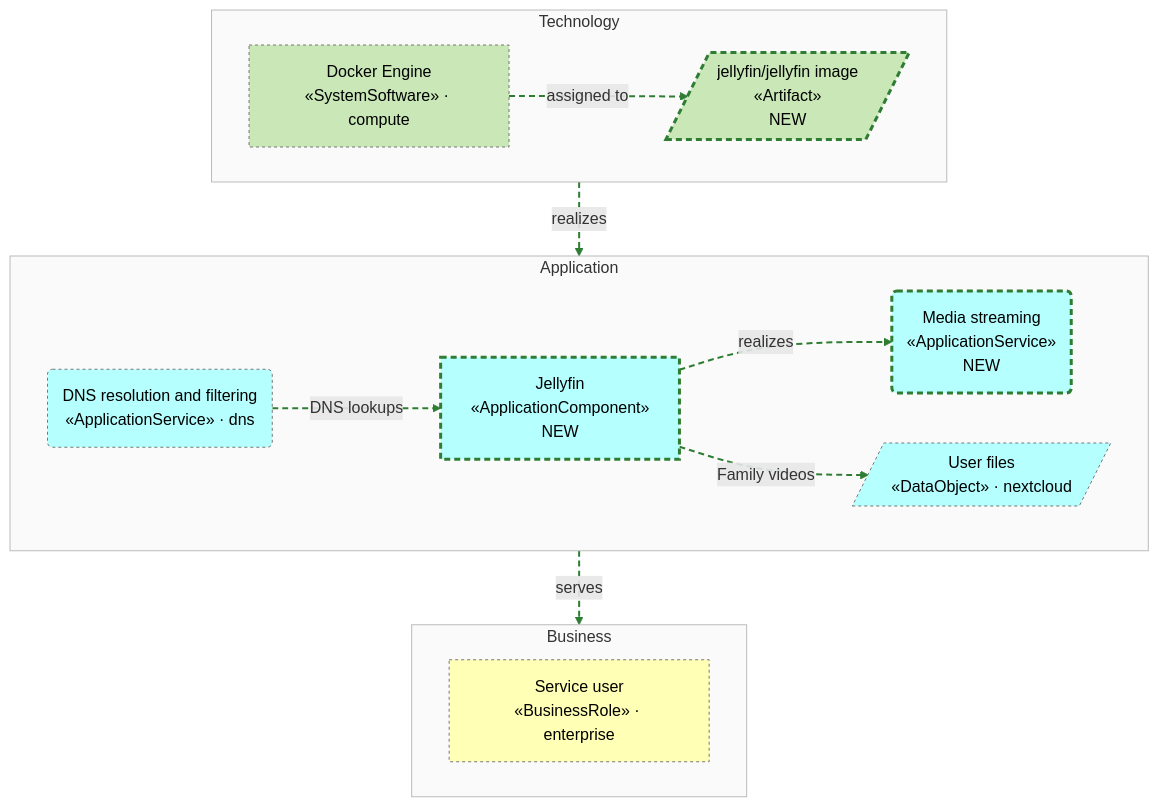
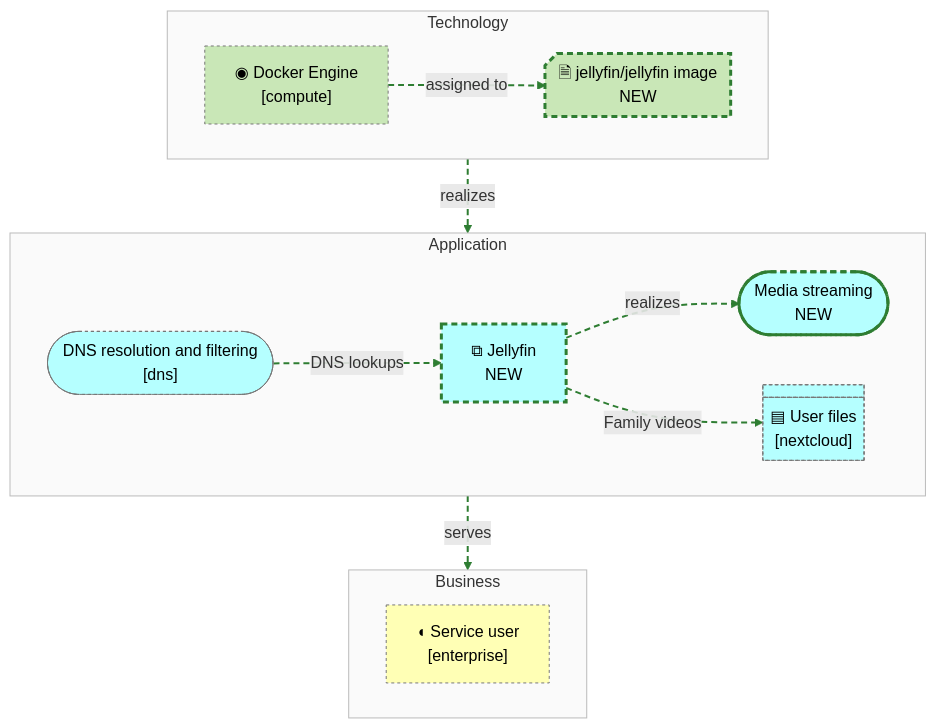
Before and after one commit to b-zig/a4m: the first of 3 diagrams in docs/media/view-overview.md, drawn with Mermaid. The commit also changed other lines of this file and 15 other files, not shown here.

First line of the commit message:
Approximate ArchiMate notation in Mermaid flowcharts

````diff
--- a/docs/media/view-overview.md
+++ b/docs/media/view-overview.md
@@ -6,44 +6,44 @@
 ```mermaid
 flowchart TB
   subgraph layer_business["Business"]
     direction LR
-    enterprise__bus_role_user["Service user<br/>«BusinessRole» · enterprise"]
+    enterprise__bus_role_user@{ shape: rect, label: "◖ Service user<br/>[enterprise]" }
   end
   subgraph layer_application["Application"]
     direction LR
-    app_jellyfin["Jellyfin<br/>«ApplicationComponent»<br/>NEW"]
-    app_svc_streaming("Media streaming<br/>«ApplicationService»<br/>NEW")
-    dns__app_svc_dns("DNS resolution and filtering<br/>«ApplicationService» · dns")
-    nextcloud__app_data_files[/"User files<br/>«DataObject» · nextcloud"/]
+    app_jellyfin@{ shape: rect, label: "⧉ Jellyfin<br/>NEW" }
+    app_svc_streaming@{ shape: stadium, label: "Media streaming<br/>NEW" }
+    dns__app_svc_dns@{ shape: stadium, label: "DNS resolution and filtering<br/>[dns]" }
+    nextcloud__app_data_files@{ shape: div-rect, label: "▤ User files<br/>[nextcloud]" }
   end
   subgraph layer_technology["Technology"]
     direction LR
-    tech_art_jellyfin[/"jellyfin/jellyfin image<br/>«Artifact»<br/>NEW"/]
-    compute__tech_docker["Docker Engine<br/>«SystemSoftware» · compute"]
+    tech_art_jellyfin@{ shape: notch-rect, label: "🗎 jellyfin/jellyfin image<br/>NEW" }
+    compute__tech_docker@{ shape: rect, label: "◉ Docker Engine<br/>[compute]" }
   end
   app_jellyfin -.->|"realizes"| app_svc_streaming
   app_svc_streaming -->|"serves"| enterprise__bus_role_user
   app_jellyfin -.->|"Family videos"| nextcloud__app_data_files
   dns__app_svc_dns -->|"DNS lookups"| app_jellyfin
   compute__tech_docker -->|"assigned to"| tech_art_jellyfin
   tech_art_jellyfin -.->|"realizes"| app_jellyfin
   classDef business fill:#FFFFB5,stroke:#555,color:#000
   class enterprise__bus_role_user business
   style layer_business fill:#fafafa,stroke:#bbb
   classDef application fill:#B5FFFF,stroke:#555,color:#000
   class app_jellyfin,app_svc_streaming,dns__app_svc_dns,nextcloud__app_data_files application
   style layer_application fill:#fafafa,stroke:#bbb
   classDef technology fill:#C9E7B7,stroke:#555,color:#000
   class tech_art_jellyfin,compute__tech_docker technology
   style layer_technology fill:#fafafa,stroke:#bbb
   classDef foreign stroke:#777,stroke-dasharray:3 3
   class compute__tech_docker,dns__app_svc_dns,enterprise__bus_role_user,nextcloud__app_data_files foreign
   classDef st_new stroke:#2e7d32,stroke-width:3px,stroke-dasharray:6 4
   class app_jellyfin,app_svc_streaming,tech_art_jellyfin st_new
   linkStyle 0 stroke:#2e7d32,stroke-width:2px,stroke-dasharray:6 4
   linkStyle 1 stroke:#2e7d32,stroke-width:2px,stroke-dasharray:6 4
   linkStyle 2 stroke:#2e7d32,stroke-width:2px,stroke-dasharray:6 4
   linkStyle 3 stroke:#2e7d32,stroke-width:2px,stroke-dasharray:6 4
   linkStyle 4 stroke:#2e7d32,stroke-width:2px,stroke-dasharray:6 4
   linkStyle 5 stroke:#2e7d32,stroke-width:2px,stroke-dasharray:6 4
 ```
````
